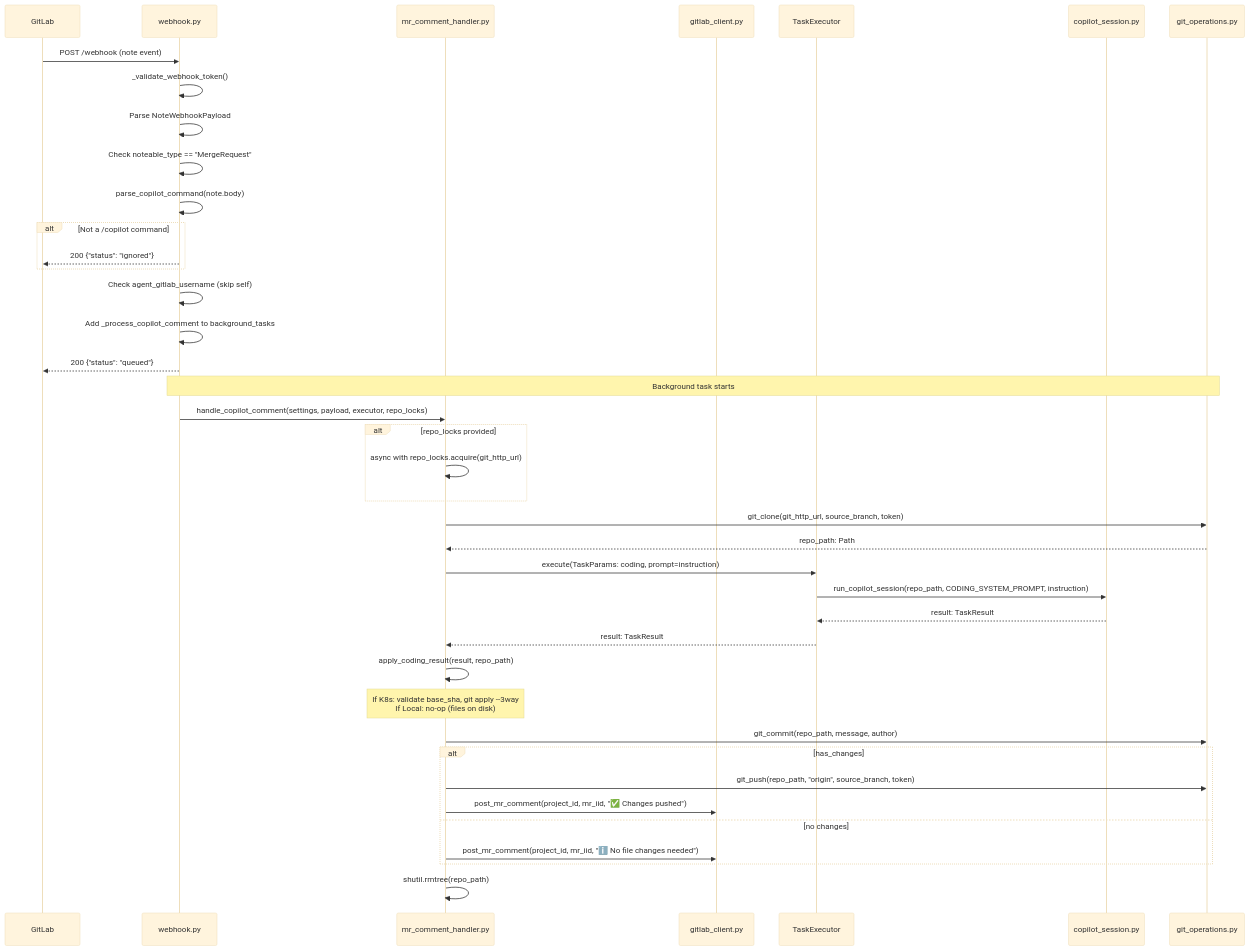
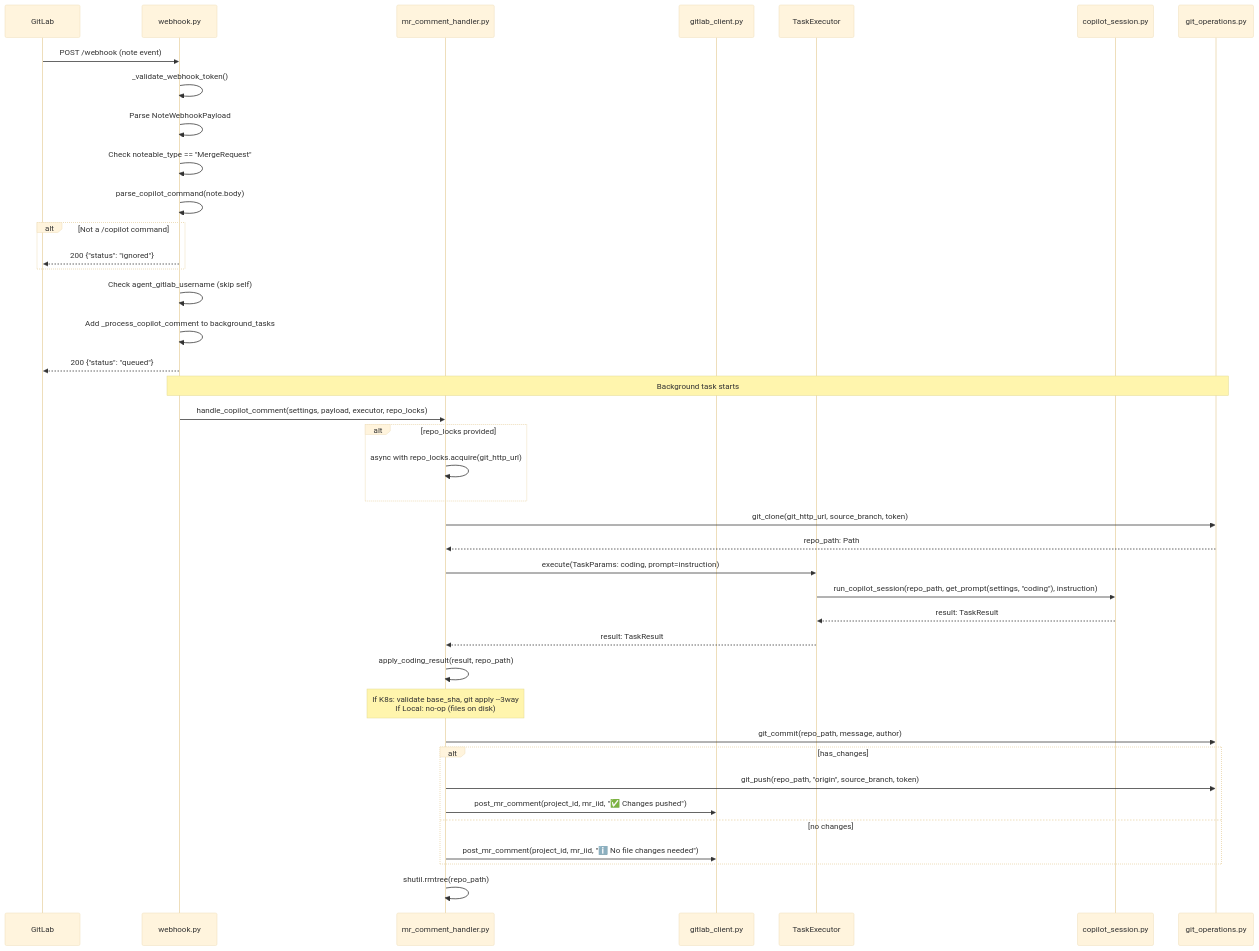
The second of 5 diagrams in docs/wiki/request-flows.md (peteroden/gitlab-copilot-agent), drawn with Mermaid (base theme) before and after one commit. The commit also changed other lines of this file and 12 other files, not shown here.

First line of the commit message:
refactor(config): extract system prompts into configurable Settings (#198)

````diff
--- a/docs/wiki/request-flows.md
+++ b/docs/wiki/request-flows.md
@@ -94,50 +94,50 @@
 ```mermaid
 sequenceDiagram
     participant GL as GitLab
     participant WH as webhook.py
     participant MRC as mr_comment_handler.py
     participant GLCL as gitlab_client.py
     participant EXEC as TaskExecutor
     participant COP as copilot_session.py
     participant GIT as git_operations.py
     
     GL->>WH: POST /webhook (note event)
     WH->>WH: _validate_webhook_token()
     WH->>WH: Parse NoteWebhookPayload
     WH->>WH: Check noteable_type == "MergeRequest"
     WH->>WH: parse_copilot_command(note.body)
     alt Not a /copilot command
         WH-->>GL: 200 {"status": "ignored"}
     end
     WH->>WH: Check agent_gitlab_username (skip self)
     WH->>WH: Add _process_copilot_comment to background_tasks
     WH-->>GL: 200 {"status": "queued"}
     
     Note over WH,GIT: Background task starts
     
     WH->>MRC: handle_copilot_comment(settings, payload, executor, repo_locks)
     alt repo_locks provided
         MRC->>MRC: async with repo_locks.acquire(git_http_url)
     end
     
     MRC->>GIT: git_clone(git_http_url, source_branch, token)
     GIT-->>MRC: repo_path: Path
     
     MRC->>EXEC: execute(TaskParams: coding, prompt=instruction)
-    EXEC->>COP: run_copilot_session(repo_path, CODING_SYSTEM_PROMPT, instruction)
+    EXEC->>COP: run_copilot_session(repo_path, get_prompt(settings, "coding"), instruction)
     COP-->>EXEC: result: TaskResult
     EXEC-->>MRC: result: TaskResult
     
     MRC->>MRC: apply_coding_result(result, repo_path)
     Note over MRC: If K8s: validate base_sha, git apply --3way<br/>If Local: no-op (files on disk)
     
     MRC->>GIT: git_commit(repo_path, message, author)
     alt has_changes
         MRC->>GIT: git_push(repo_path, "origin", source_branch, token)
         MRC->>GLCL: post_mr_comment(project_id, mr_iid, "✅ Changes pushed")
     else no changes
         MRC->>GLCL: post_mr_comment(project_id, mr_iid, "ℹ️ No file changes needed")
     end
     
     MRC->>MRC: shutil.rmtree(repo_path)
 ```
````
